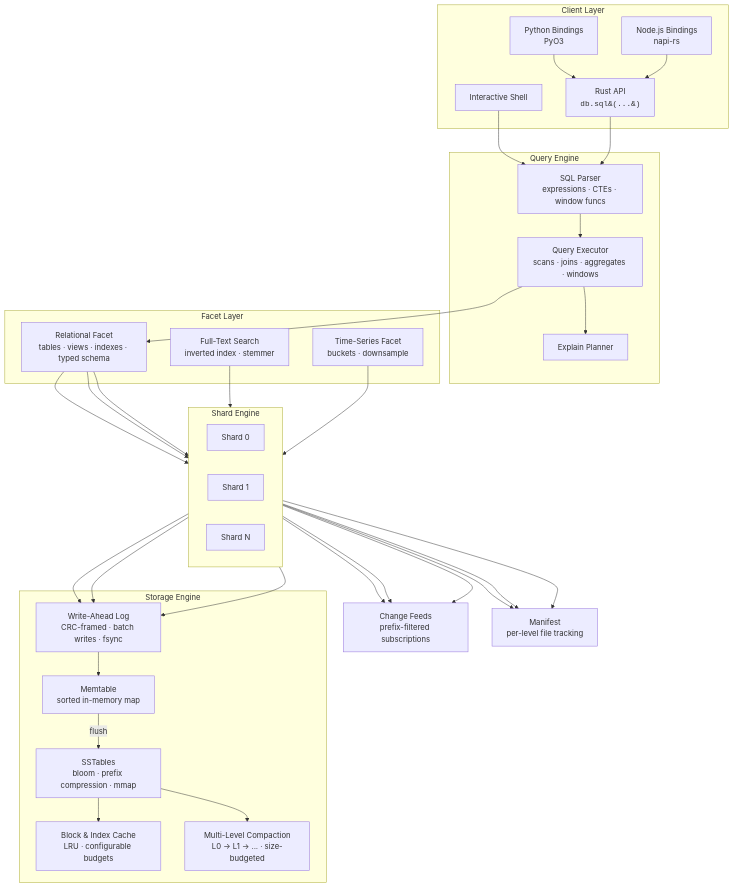
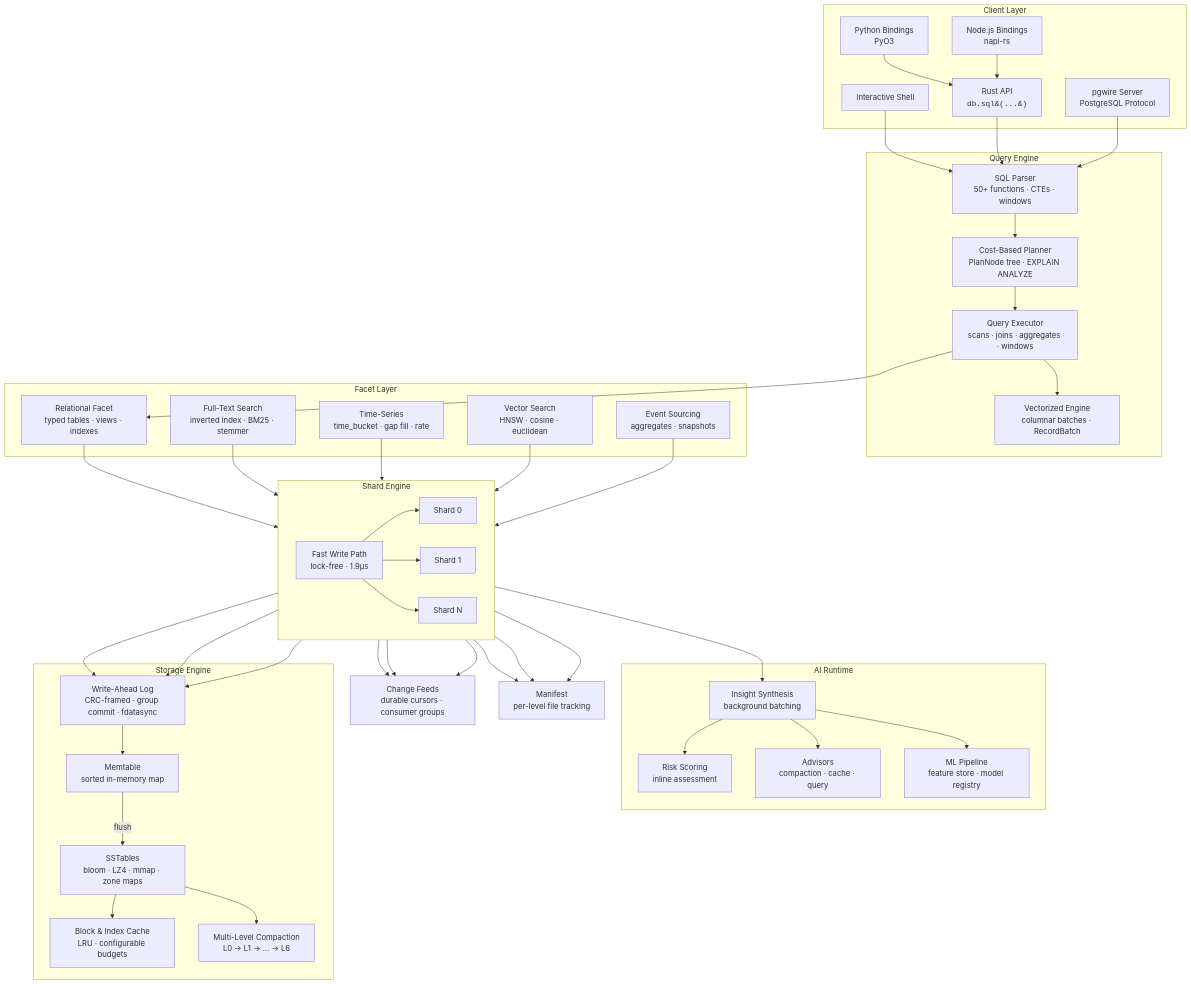
The diagram in README.md (spectra-db/SpectraDB), drawn with Mermaid before and after one commit. The commit also changed other lines of this file, not shown here.

Commit message:
docs: comprehensive README rewrite with current architecture and benchmarks

```diff
--- a/README.md
+++ b/README.md
@@ -181,35 +292,47 @@
         API[Rust API<br/><code>db.sql&#40;...&#41;</code>]
         PY[Python Bindings<br/>PyO3]
         NODE[Node.js Bindings<br/>napi-rs]
+        PG[pgwire Server<br/>PostgreSQL Protocol]
     end
 
     subgraph Query Engine
-        Parser[SQL Parser<br/>expressions · CTEs · window funcs]
+        Parser[SQL Parser<br/>50+ functions · CTEs · windows]
+        Planner[Cost-Based Planner<br/>PlanNode tree · EXPLAIN ANALYZE]
         Executor[Query Executor<br/>scans · joins · aggregates · windows]
-        Planner[Explain Planner]
+        VecEngine[Vectorized Engine<br/>columnar batches · RecordBatch]
     end
 
     subgraph Facet Layer
-        RF[Relational Facet<br/>tables · views · indexes · typed schema]
-        FTS[Full-Text Search<br/>inverted index · stemmer]
-        TS[Time-Series Facet<br/>buckets · downsample]
+        RF[Relational Facet<br/>typed tables · views · indexes]
+        FTS[Full-Text Search<br/>inverted index · BM25 · stemmer]
+        TS[Time-Series<br/>time_bucket · gap fill · rate]
+        VS[Vector Search<br/>HNSW · cosine · euclidean]
+        ES[Event Sourcing<br/>aggregates · snapshots]
     end
 
     subgraph Shard Engine
         direction LR
+        FW[Fast Write Path<br/>lock-free · 1.9µs]
         S0[Shard 0]
         S1[Shard 1]
         SN[Shard N]
     end
 
-    CF[Change Feeds<br/>prefix-filtered subscriptions]
+    CF[Change Feeds<br/>durable cursors · consumer groups]
+
+    subgraph AI Runtime
+        INS[Insight Synthesis<br/>background batching]
+        RISK[Risk Scoring<br/>inline assessment]
+        ADV[Advisors<br/>compaction · cache · query]
+        ML[ML Pipeline<br/>feature store · model registry]
+    end
 
     subgraph Storage Engine
-        WAL[Write-Ahead Log<br/>CRC-framed · batch writes · fsync]
+        WAL[Write-Ahead Log<br/>CRC-framed · group commit · fdatasync]
         MT[Memtable<br/>sorted in-memory map]
         BC[Block & Index Cache<br/>LRU · configurable budgets]
-        SST[SSTables<br/>bloom · prefix compression · mmap]
-        C[Multi-Level Compaction<br/>L0 → L1 → ... · size-budgeted]
+        SST[SSTables<br/>bloom · LZ4 · mmap · zone maps]
+        C[Multi-Level Compaction<br/>L0 → L1 → ... → L6]
     end
 
     MF[Manifest<br/>per-level file tracking]
@@ -218,17 +341,26 @@
     API --> Parser
     PY --> API
     NODE --> API
-    Parser --> Executor
+    PG --> Parser
+    Parser --> Planner
+    Planner --> Executor
+    Executor --> VecEngine
     Executor --> RF
-    Executor --> Planner
-    RF --> S0
-    RF --> S1
-    RF --> SN
+    RF --> FW
     FTS --> S0
     TS --> S0
+    VS --> S0
+    ES --> S0
+    FW --> S0
+    FW --> S1
+    FW --> SN
     S0 --> CF
     S1 --> CF
     SN --> CF
+    S0 --> INS
+    INS --> RISK
+    INS --> ADV
+    INS --> ML
     S0 --> WAL
     S1 --> WAL
     SN --> WAL
```
